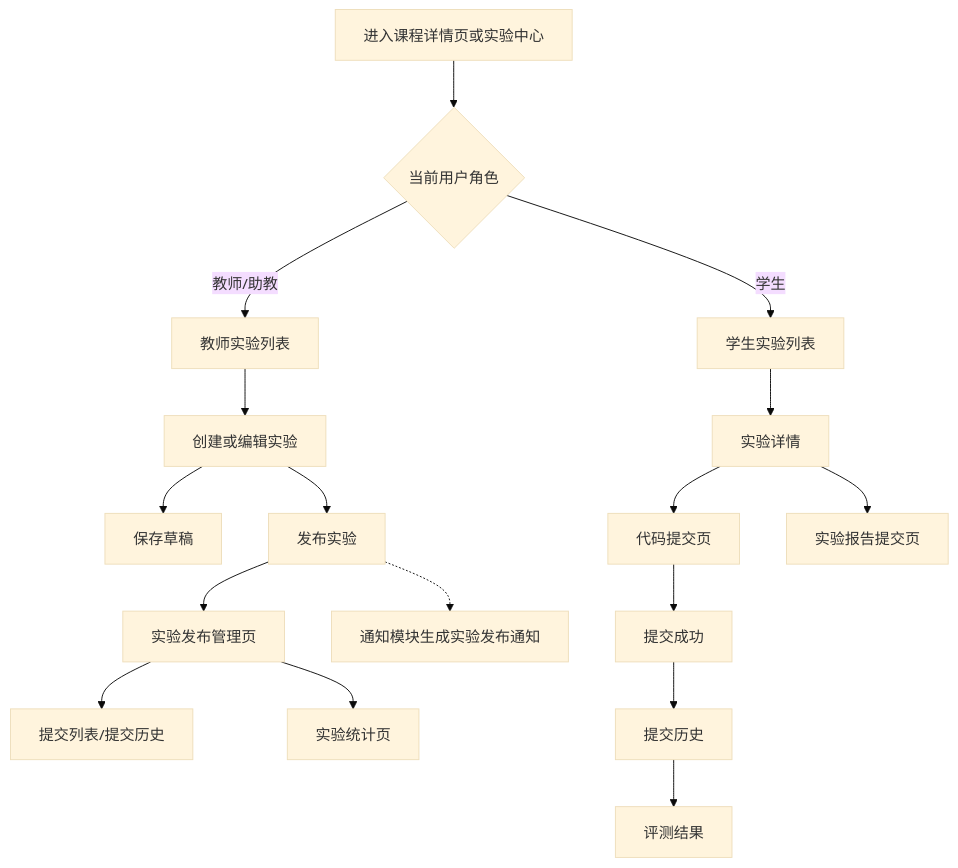
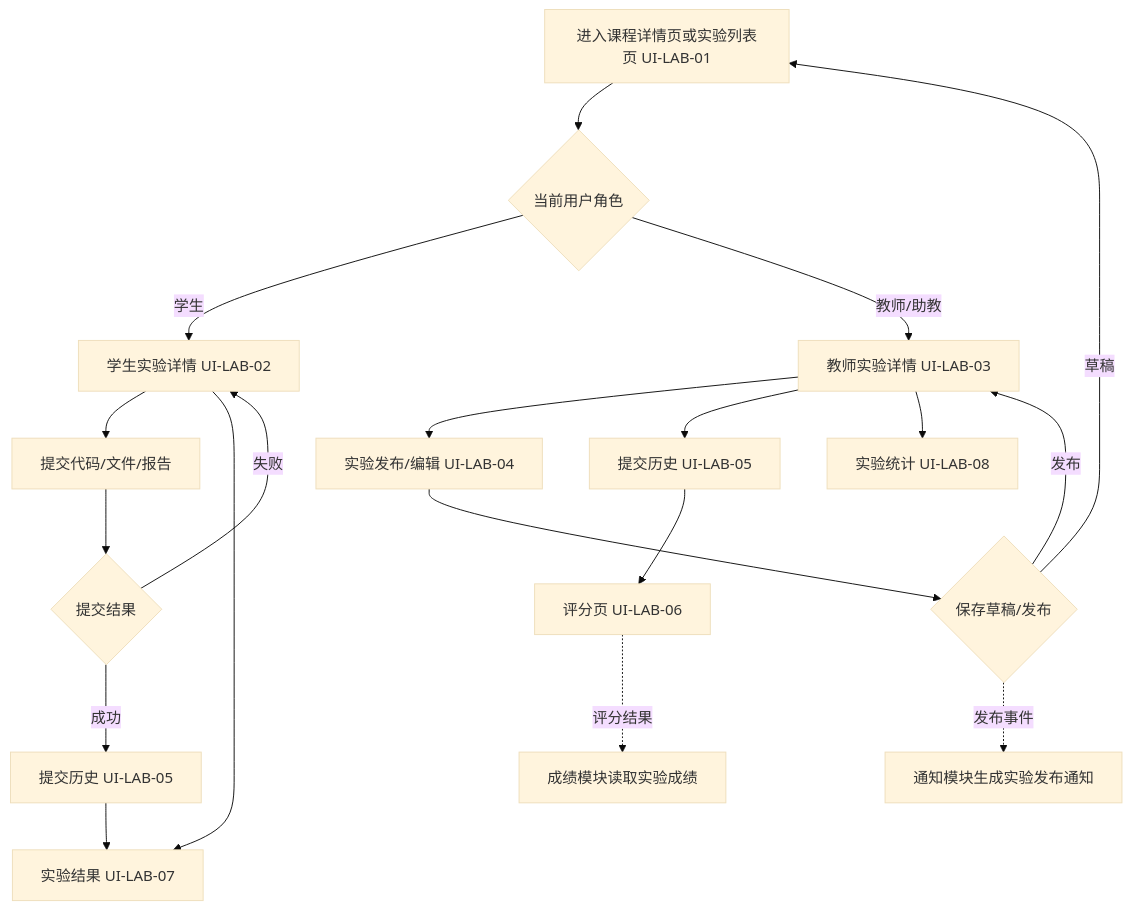
Before and after one commit to Cr4zyorange/OnlineJudge: the ninth of 15 diagrams in docs/最终提交/软件概要设计说明书.md, drawn with Mermaid (base theme). The commit also changed other lines of this file and 12 other files, not shown here.

````diff
--- a/docs/最终提交/软件概要设计说明书.md
+++ b/docs/最终提交/软件概要设计说明书.md
@@ -951,19 +1075,21 @@
 ```mermaid
 graph TD
-    A[进入课程详情页或实验中心] --> B{当前用户角色}
-    B -->|教师/助教| T1[教师实验列表]
-    T1 --> T2[创建或编辑实验]
-    T2 --> T3[保存草稿]
-    T2 --> T4[发布实验]
-    T4 --> T5[实验发布管理页]
-    T5 --> T6[提交列表/提交历史]
-    T5 --> T9[实验统计页]
-    B -->|学生| S1[学生实验列表]
-    S1 --> S2[实验详情]
-    S2 --> S3[代码提交页]
-    S3 --> S4[提交成功]
-    S4 --> S5[提交历史]
-    S5 --> S6[评测结果]
-    S2 --> S7[实验报告提交页]
-    T4 -.-> N1[通知模块生成实验发布通知]
+    A[进入课程详情页或实验列表页 UI-LAB-01] --> B{当前用户角色}
+    B -->|学生| S1[学生实验详情 UI-LAB-02]
+    S1 --> S2[提交代码/文件/报告]
+    S2 --> S3{提交结果}
+    S3 -->|成功| S4[提交历史 UI-LAB-05]
+    S3 -->|失败| S1
+    S4 --> S5[实验结果 UI-LAB-07]
+    S1 --> S5
+    B -->|教师/助教| T1[教师实验详情 UI-LAB-03]
+    T1 --> T2[实验发布/编辑 UI-LAB-04]
+    T2 --> T3{保存草稿/发布}
+    T3 -->|草稿| A
+    T3 -->|发布| T1
+    T1 --> T4[提交历史 UI-LAB-05]
+    T4 --> T5[评分页 UI-LAB-06]
+    T1 --> T6[实验统计 UI-LAB-08]
+    T3 -.->|发布事件| N1[通知模块生成实验发布通知]
+    T5 -.->|评分结果| G1[成绩模块读取实验成绩]
 ```
````
